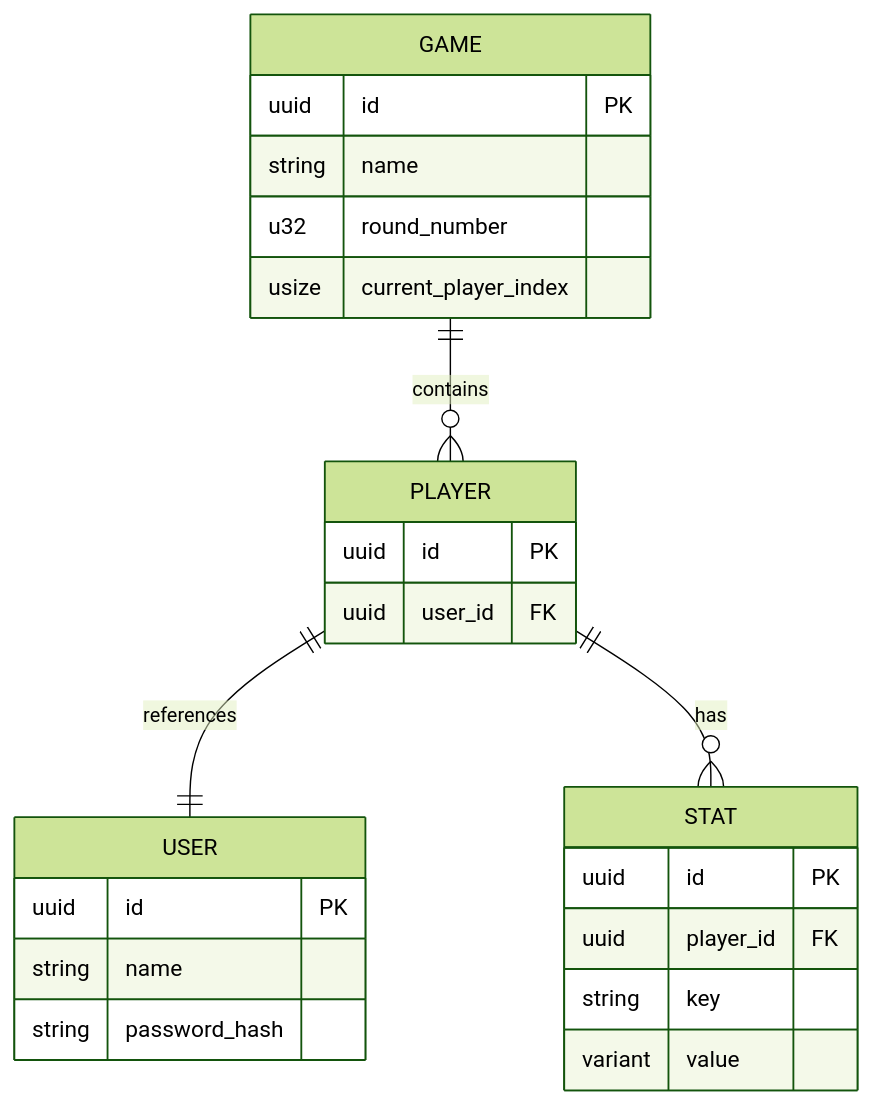
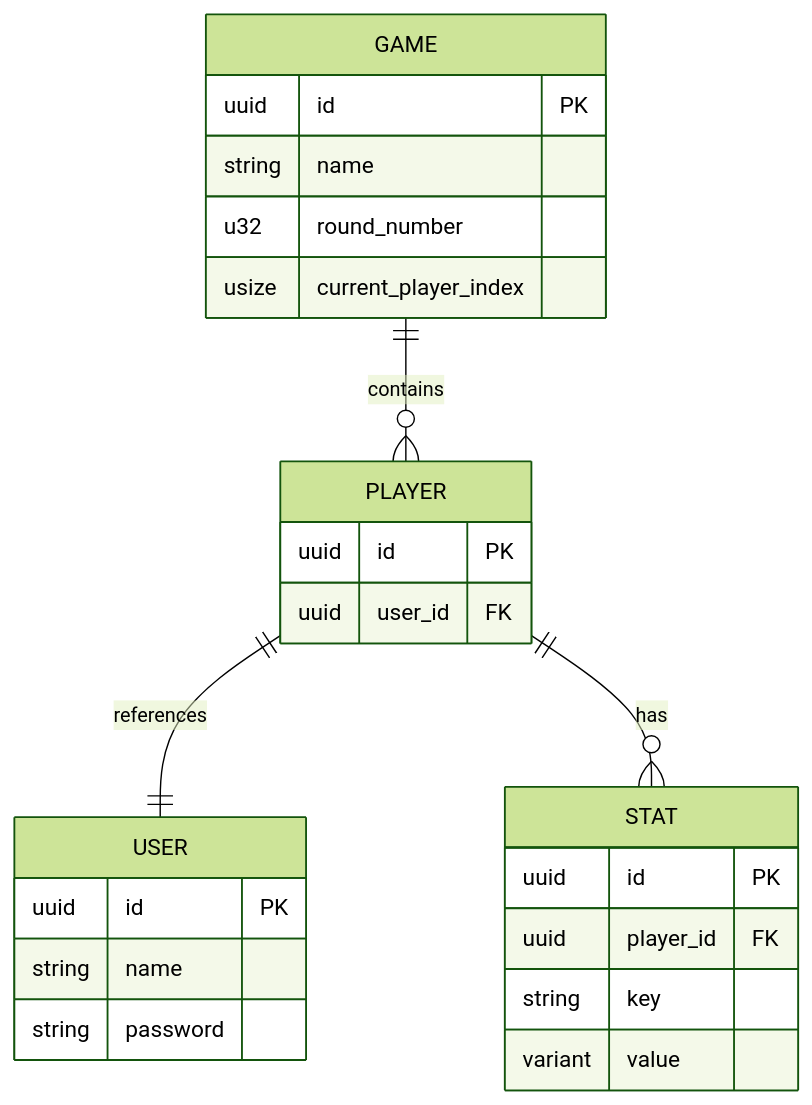
One commit to jakob-rzeppa/turnkeeper changed the fifth of 13 diagrams in backend/ARCHITECTURE.md. Above: the diagram before and after it, drawn with Mermaid (forest theme). The commit also changed other lines of this file and 4 other files, not shown here.

````diff
--- a/backend/ARCHITECTURE.md
+++ b/backend/ARCHITECTURE.md
@@ -226,31 +228,31 @@
 ```mermaid
 erDiagram
     GAME ||--o{ PLAYER : contains
     PLAYER ||--|| USER : references
     PLAYER ||--o{ STAT : has
-    
+
     GAME {
         uuid id PK
         string name
         u32 round_number
         usize current_player_index
     }
-    
+
     PLAYER {
         uuid id PK
         uuid user_id FK
     }
-    
+
     USER {
         uuid id PK
         string name
-        string password_hash
+        string password
     }
-    
+
     STAT {
         uuid id PK
         uuid player_id FK
         string key
         variant value
     }
 ```
````
